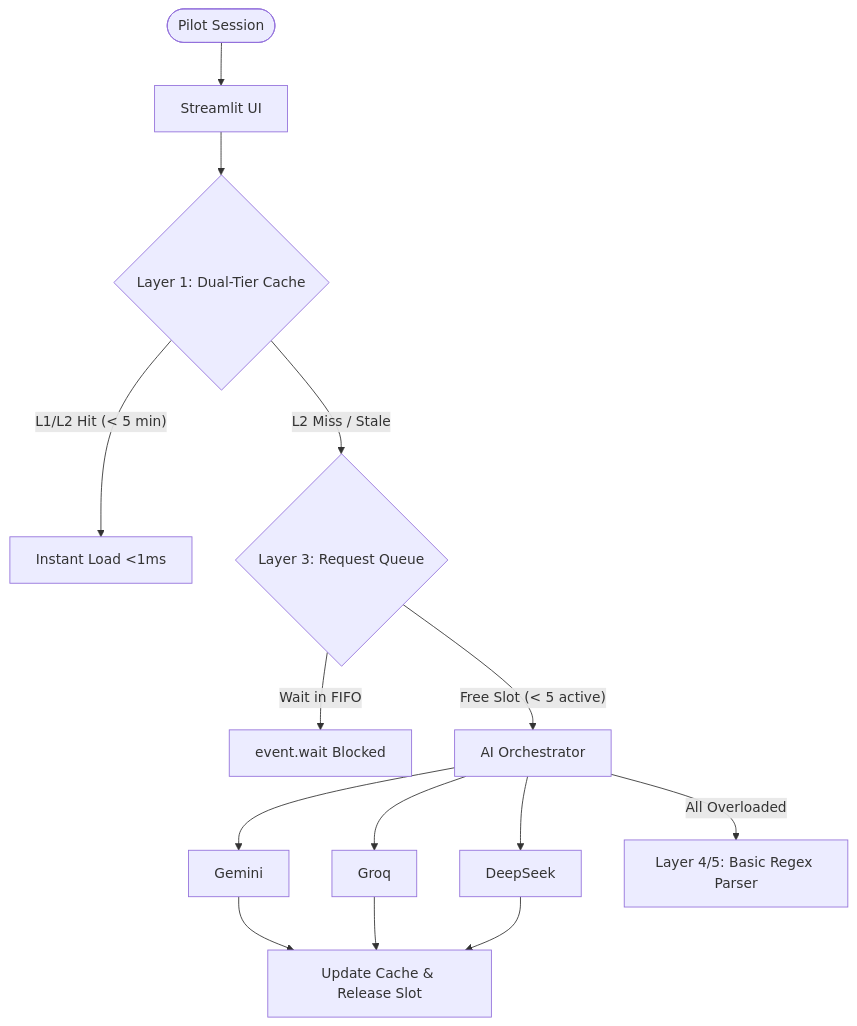
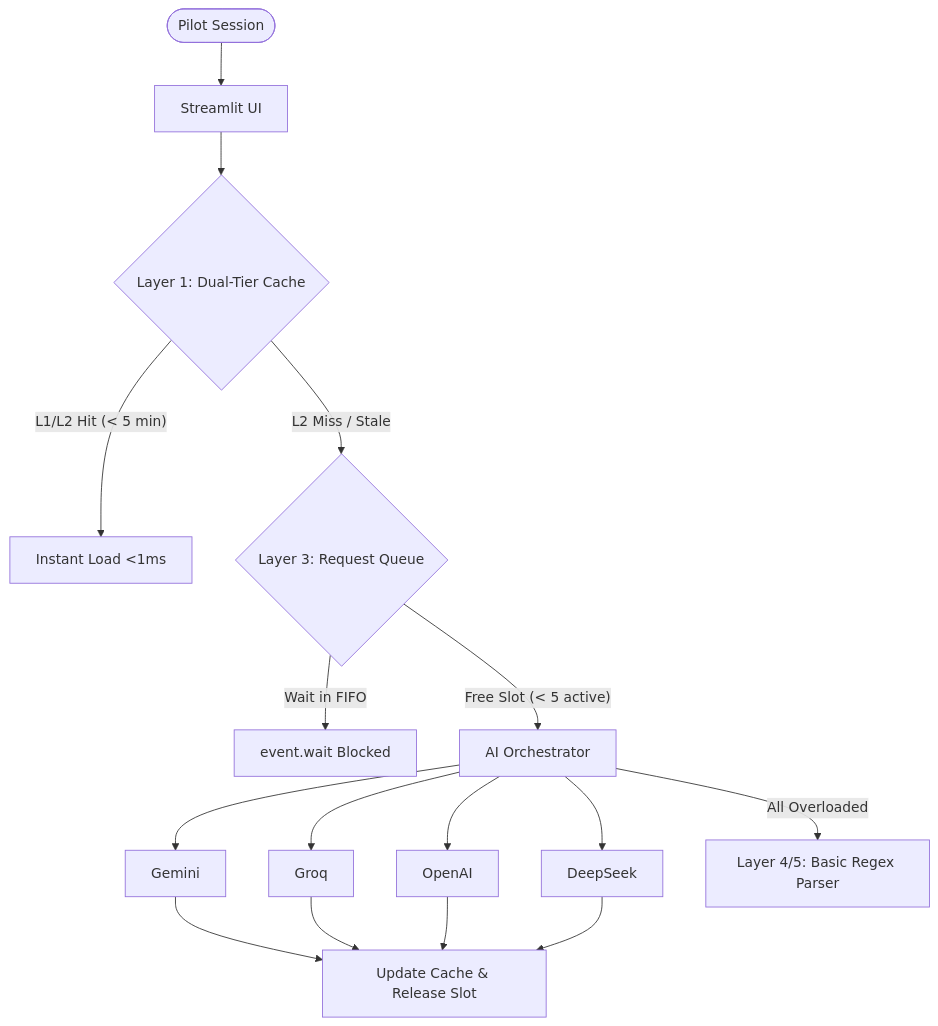
Before and after one commit to sjha16/metar: the diagram in README.md, drawn with Mermaid. The commit also changed other lines of this file and 3 other files, not shown here.

Commit message:
Update docs and UI to reflect 4 active AI agents (Gemini, Groq, OpenAI, DeepSeek)

````diff
--- a/README.md
+++ b/README.md
@@ -46,12 +46,12 @@
 ```mermaid
 graph TD
     User([Pilot Session]) --> UI[Streamlit UI]
     UI --> Cache{Layer 1: Dual-Tier Cache}
     Cache -- L1/L2 Hit (< 5 min) --> Instant[Instant Load <1ms]
     Cache -- L2 Miss / Stale --> Queue{Layer 3: Request Queue}
     Queue -- Wait in FIFO --> Wait[event.wait Blocked]
     Queue -- Free Slot (< 5 active) --> AI[AI Orchestrator]
-    AI --> Gemini & Groq & DeepSeek
-    Gemini & Groq & DeepSeek --> Success[Update Cache & Release Slot]
+    AI --> Gemini & Groq & OpenAI & DeepSeek
+    Gemini & Groq & OpenAI & DeepSeek --> Success[Update Cache & Release Slot]
     AI -- All Overloaded --> Fallback[Layer 4/5: Basic Regex Parser]
 ```
````
